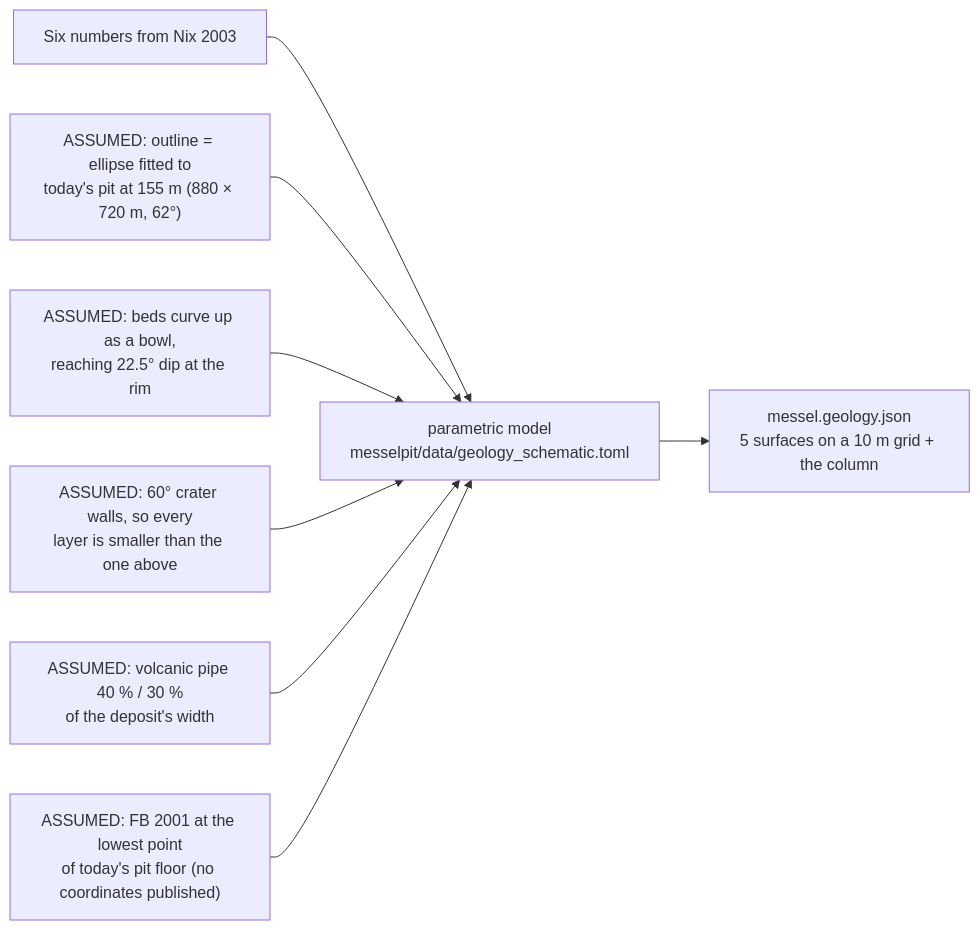
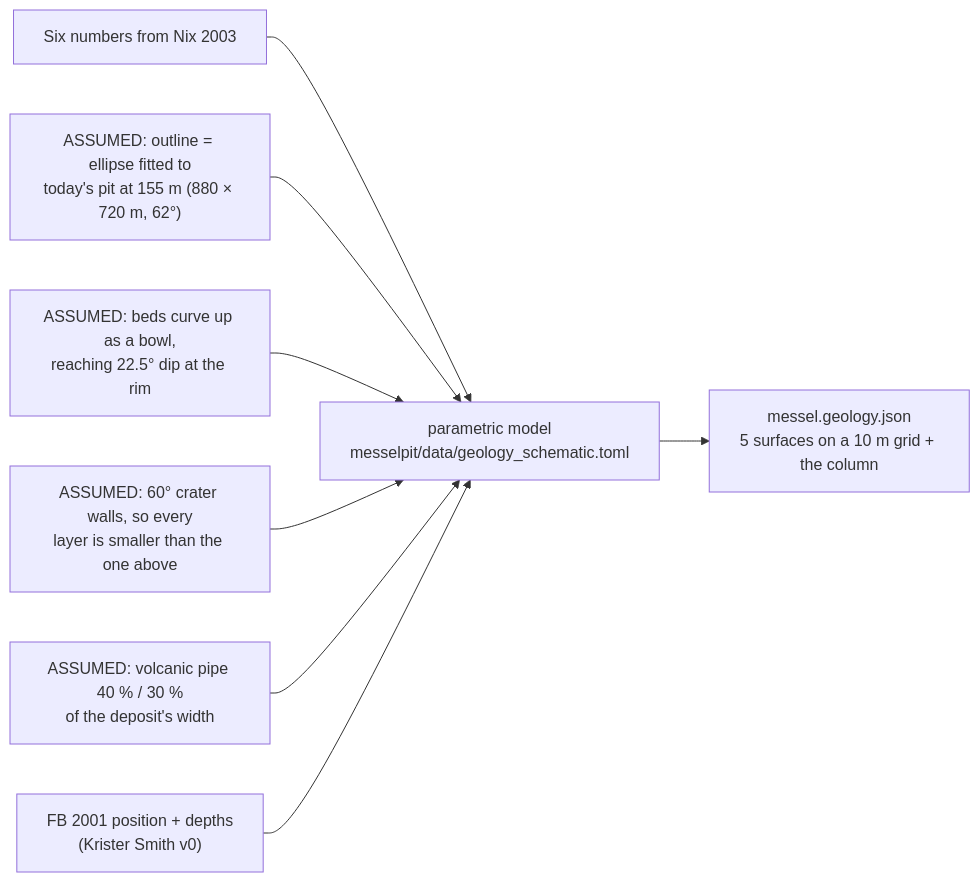
One commit to MikeWise2718/messelpit changed the diagram in docs/web/05-geology.md. Above: the diagram before and after it, drawn with Mermaid. The commit also changed other lines of this file and 6 other files, not shown here.

First line of the commit message:
FB 2001 at its real position + Krister Smith's boreholes as a layer

````diff
--- a/docs/web/05-geology.md
+++ b/docs/web/05-geology.md
@@ -42,10 +47,10 @@
 ```mermaid
 flowchart LR
   N["Six numbers from Nix 2003"] --> M["parametric model<br/>messelpit/data/geology_schematic.toml"]
   A1["ASSUMED: outline = ellipse fitted to<br/>today's pit at 155 m (880 × 720 m, 62°)"] --> M
   A2["ASSUMED: beds curve up as a bowl,<br/>reaching 22.5° dip at the rim"] --> M
   A3["ASSUMED: 60° crater walls, so every<br/>layer is smaller than the one above"] --> M
   A4["ASSUMED: volcanic pipe 40 % / 30 %<br/>of the deposit's width"] --> M
-  A5["ASSUMED: FB 2001 at the lowest point<br/>of today's pit floor (no coordinates published)"] --> M
+  K["FB 2001 position + depths<br/>(Krister Smith v0)"] --> M
   M --> G["messel.geology.json<br/>5 surfaces on a 10 m grid + the column"]
 ```
````
